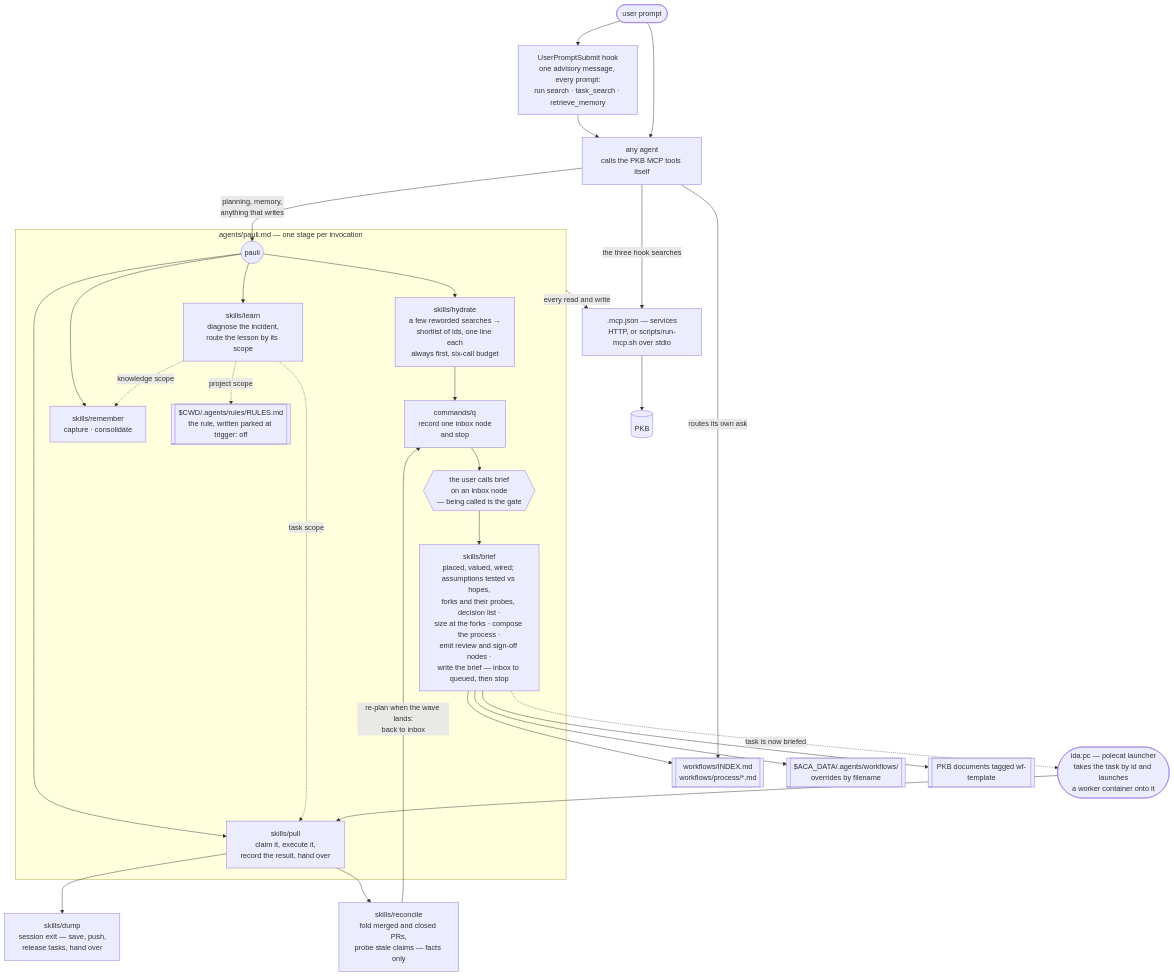
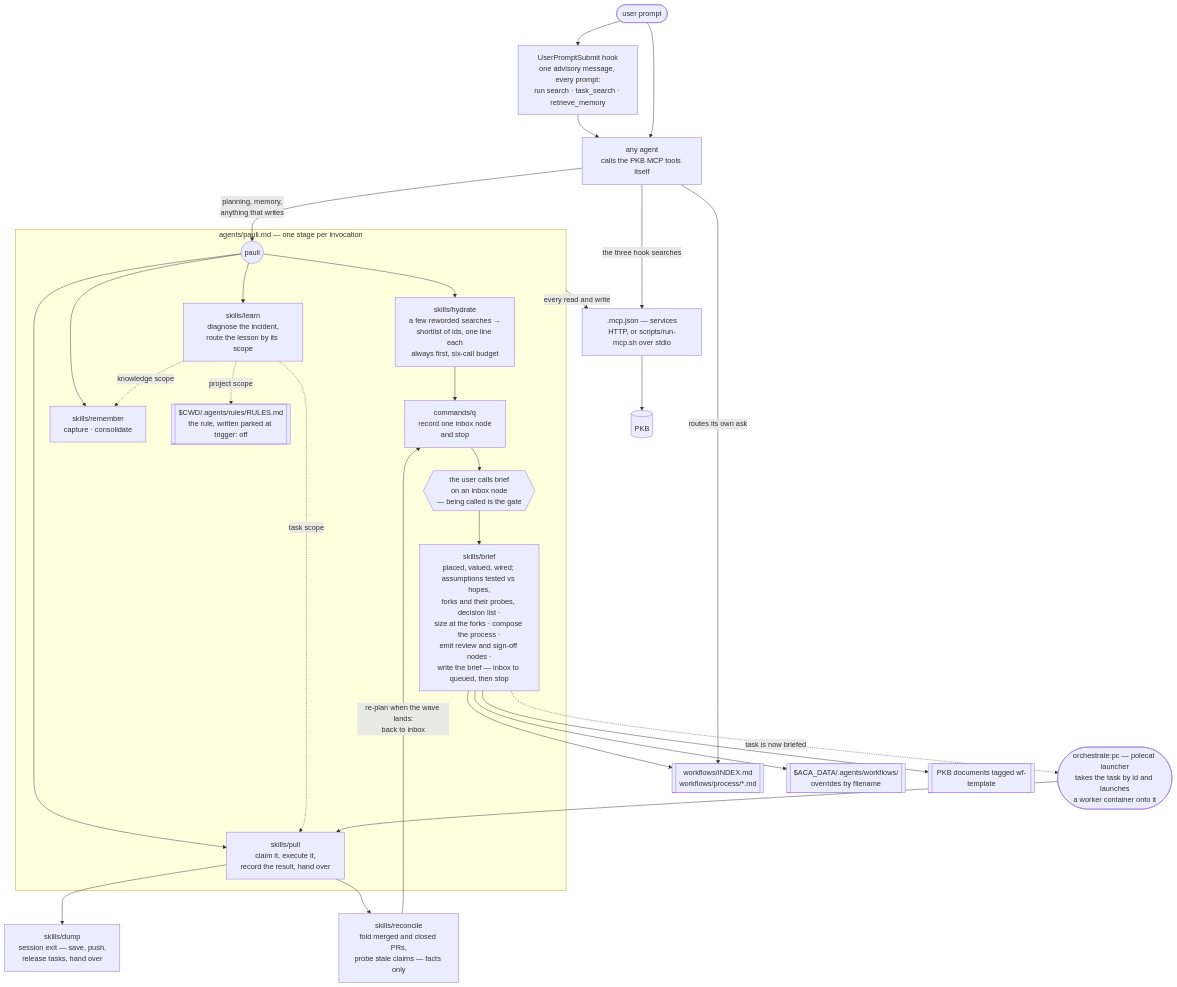
One commit to nicsuzor/academicOps changed the diagram in plugins/pkb/README.md. Above: the diagram before and after it, drawn with Mermaid. The commit also changed 8 other files, not shown here.

````diff
--- a/plugins/pkb/README.md
+++ b/plugins/pkb/README.md
@@ -8,44 +8,44 @@
 ```mermaid
 flowchart TD
     prompt([user prompt]) --> hook
 
     hook["UserPromptSubmit hook<br/>one advisory message, every prompt:<br/>run search · task_search · retrieve_memory"]
     hook --> agent
     prompt --> agent["any agent<br/>calls the PKB MCP tools itself"]
 
     agent -- "planning, memory,<br/>anything that writes" --> pauli
 
     subgraph pkbwrite["agents/pauli.md — one stage per invocation"]
         pauli(("pauli"))
         pauli --> hydrate["skills/hydrate<br/>a few reworded searches →<br/>shortlist of ids, one line each<br/>always first, six-call budget"]
 
         hydrate --> capture["commands/q<br/>record one inbox node<br/>and stop"]
         capture --> gate{{"the user calls brief<br/>on an inbox node<br/>— being called is the gate"}}
         gate --> brief["skills/brief<br/>placed, valued, wired; assumptions tested vs hopes,<br/>forks and their probes, decision list ·<br/>size at the forks · compose the process ·<br/>emit review and sign-off nodes ·<br/>write the brief — inbox to queued, then stop"]
 
         pauli --> pull["skills/pull<br/>claim it, execute it,<br/>record the result, hand over"]
         pauli --> remember["skills/remember<br/>capture · consolidate"]
         pauli --> learn["skills/learn<br/>diagnose the incident,<br/>route the lesson by its scope"]
 
         learn -. knowledge scope .-> remember
         learn -. project scope .-> rules[["$CWD/.agents/rules/RULES.md<br/>the rule, written parked at trigger: off"]]
         learn -. task scope .-> pull
     end
 
     pull --> dump["skills/dump<br/>session exit — save, push,<br/>release tasks, hand over"]
     pull --> reconcile["skills/reconcile<br/>fold merged and closed PRs,<br/>probe stale claims — facts only"]
     reconcile -- "re-plan when the wave lands:<br/>back to inbox" --> capture
 
     brief --> library[["workflows/INDEX.md<br/>workflows/process/*.md"]]
     brief --> userlayer[["$ACA_DATA/.agents/workflows/<br/>overrides by filename"]]
     brief --> wftemplates[["PKB documents tagged wf-template"]]
     agent -- "routes its own ask" --> library
 
     pkbwrite -- "every read and write" --> mcp
     agent -- "the three hook searches" --> mcp
 
     mcp[".mcp.json — services<br/>HTTP, or scripts/run-mcp.sh over stdio"] --> pkbstore[(PKB)]
 
-    brief -. "task is now briefed" .-> dispatch(["ida:pc — polecat launcher<br/>takes the task by id and launches<br/>a worker container onto it"])
+    brief -. "task is now briefed" .-> dispatch(["orchestrate:pc — polecat launcher<br/>takes the task by id and launches<br/>a worker container onto it"])
     dispatch --> pull
 ```
````
